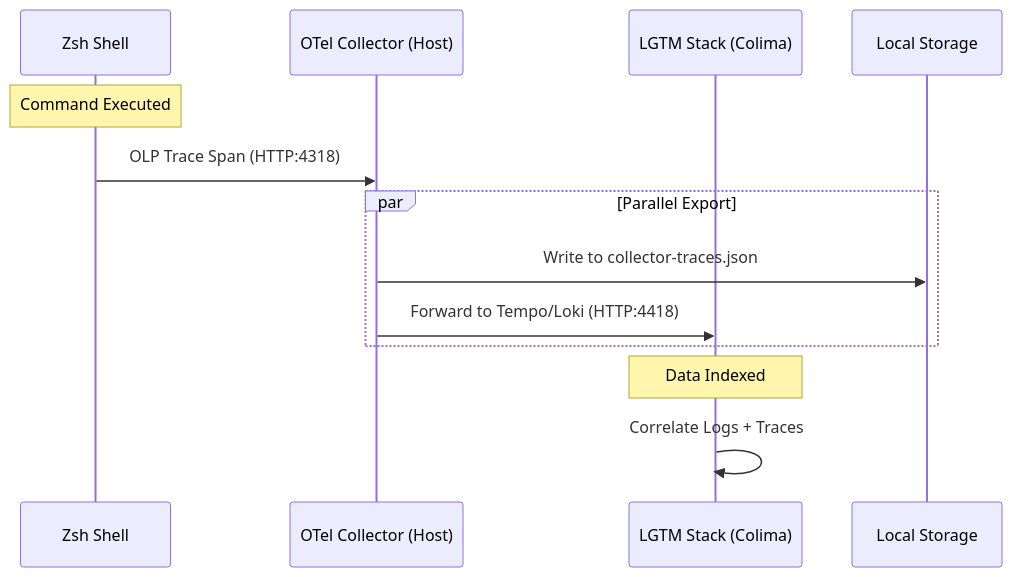
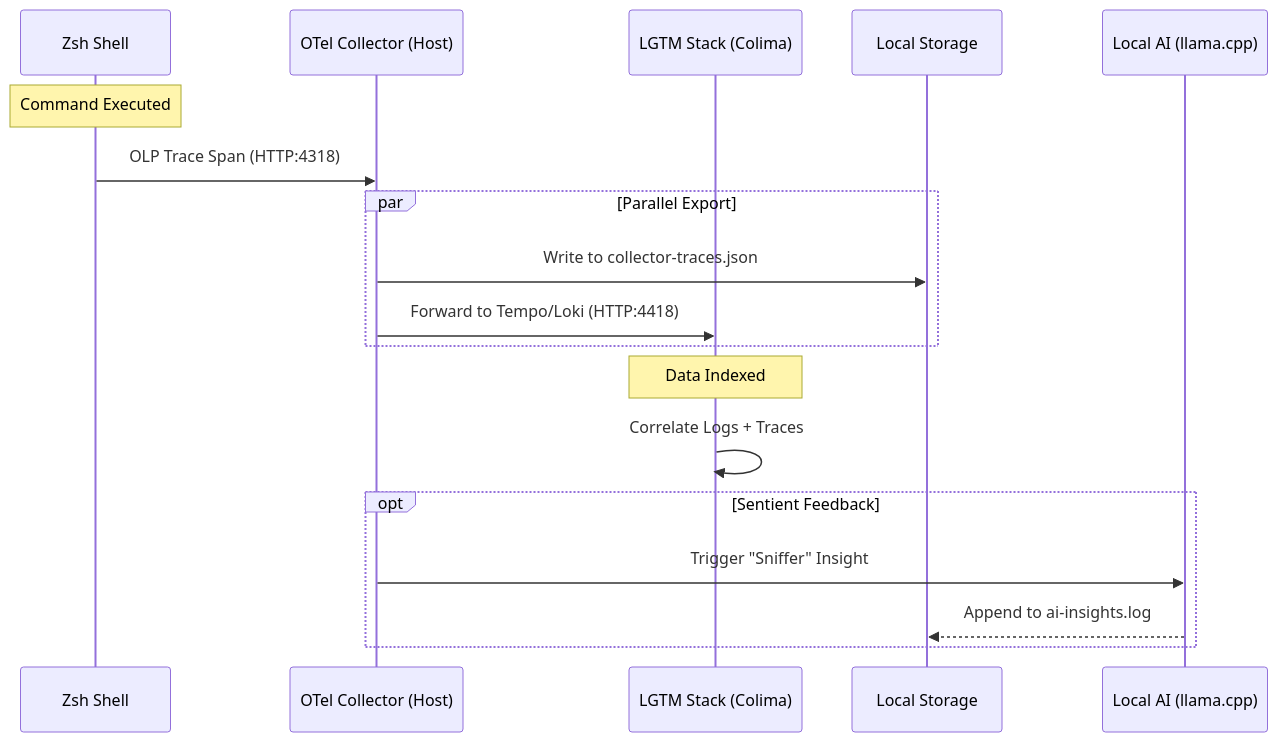
One commit to just3ws/zdots changed the second of 3 diagrams in README.md. Above: the diagram before and after it, drawn with Mermaid. The commit also changed other lines of this file and 2 other files, not shown here.

First line of the commit message:
docs: upgrade to high-fidelity Mermaid v11 diagrams

````diff
--- a/README.md
+++ b/README.md
@@ -100,18 +87,24 @@
 ```mermaid
 sequenceDiagram
     participant Shell as Zsh Shell
     participant Collector as OTel Collector (Host)
     participant LGTM as LGTM Stack (Colima)
     participant Disk as Local Storage
+    participant AI as Local AI (llama.cpp)
 
     Note over Shell: Command Executed
     Shell->>Collector: OLP Trace Span (HTTP:4318)
     
     par Parallel Export
         Collector->>Disk: Write to collector-traces.json
         Collector->>LGTM: Forward to Tempo/Loki (HTTP:4418)
     end
 
     Note over LGTM: Data Indexed
     LGTM->>LGTM: Correlate Logs + Traces
+    
+    opt Sentient Feedback
+        Collector->>AI: Trigger "Sniffer" Insight
+        AI-->>Disk: Append to ai-insights.log
+    end
 ```
````
